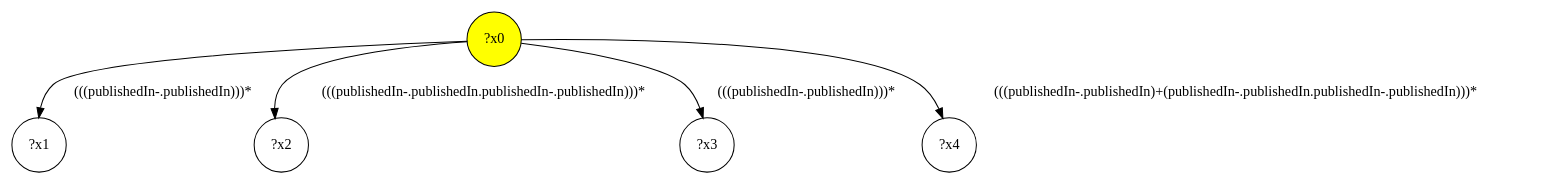
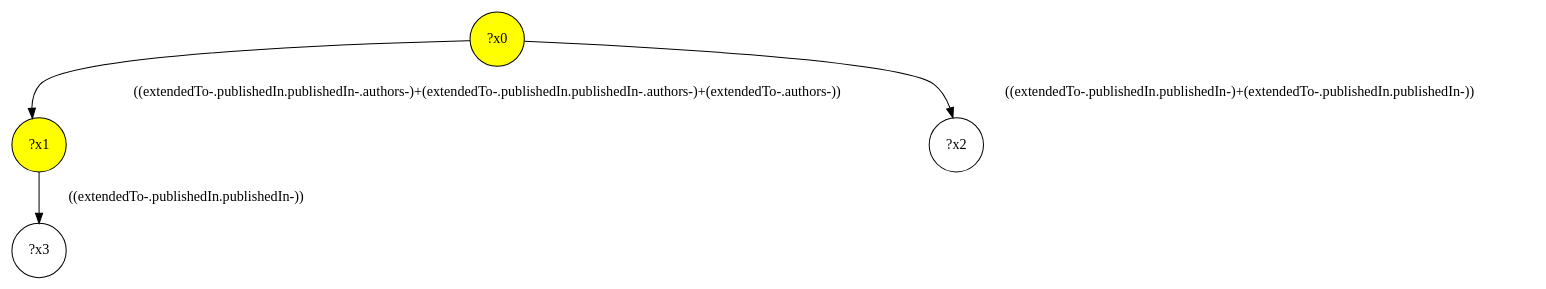
The diagram in src/queryinterface/interface-queries/query-34.dot (gbagan/gmark), drawn with Graphviz before and after one commit. The commit also changed 150 other files, not shown here.

```diff
--- a/src/queryinterface/interface-queries/query-34.dot
+++ b/src/queryinterface/interface-queries/query-34.dot
@@ -1,11 +1,9 @@
 digraph g {
 	x0 [fillcolor="yellow", style="filled," shape=circle, label="?x0"];
-	x1 [shape=circle, label="?x1"];
-	x0 -> x1 [label="(((publishedIn-.publishedIn)))*"];
+	x1 [fillcolor="yellow", style="filled," shape=circle, label="?x1"];
+	x0 -> x1 [label="((extendedTo-.publishedIn.publishedIn-.authors-)+(extendedTo-.publishedIn.publishedIn-.authors-)+(extendedTo-.authors-))"];
 	x2 [shape=circle, label="?x2"];
-	x0 -> x2 [label="(((publishedIn-.publishedIn.publishedIn-.publishedIn)))*"];
+	x0 -> x2 [label="((extendedTo-.publishedIn.publishedIn-)+(extendedTo-.publishedIn.publishedIn-))"];
 	x3 [shape=circle, label="?x3"];
-	x0 -> x3 [label="(((publishedIn-.publishedIn)))*"];
-	x4 [shape=circle, label="?x4"];
-	x0 -> x4 [label="(((publishedIn-.publishedIn)+(publishedIn-.publishedIn.publishedIn-.publishedIn)))*"];
+	x1 -> x3 [label="((extendedTo-.publishedIn.publishedIn-))"];
 }
```
